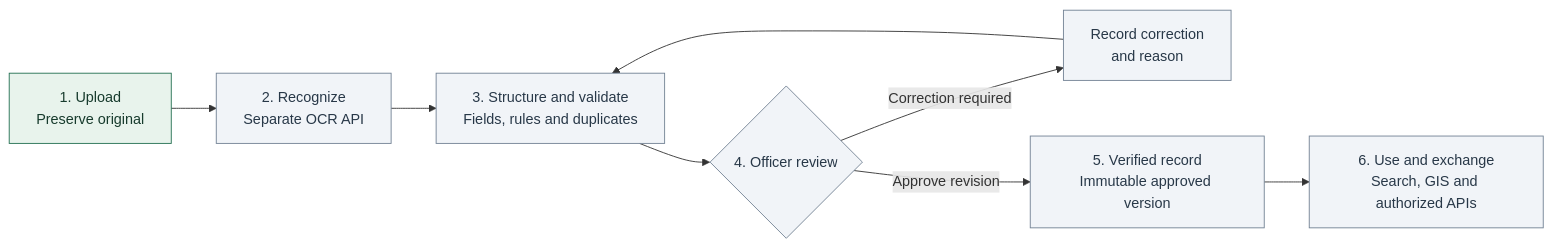
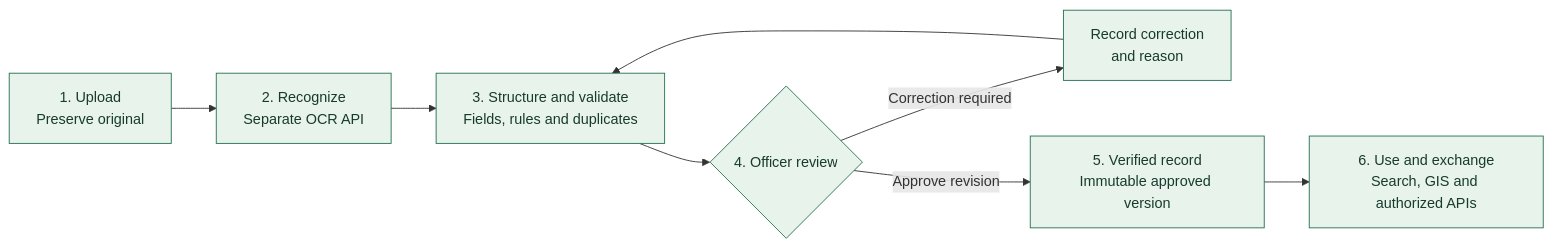
One commit to unseenap/Land_dizitization changed the second of 2 diagrams in SIHPPT.md. Above: the diagram before and after it, drawn with Mermaid. The commit also changed other lines of this file and 67 other files, not shown here.

````diff
--- a/SIHPPT.md
+++ b/SIHPPT.md
@@ -100,14 +97,12 @@
 ```mermaid
 flowchart LR
     A["1. Upload<br/>Preserve original"] --> B["2. Recognize<br/>Separate OCR API"]
     B --> C["3. Structure and validate<br/>Fields, rules and duplicates"]
     C --> D{"4. Officer review"}
     D -->|Correction required| E["Record correction<br/>and reason"]
     E --> C
     D -->|Approve revision| F["5. Verified record<br/>Immutable approved version"]
     F --> G["6. Use and exchange<br/>Search, GIS and authorized APIs"]
     classDef current fill:#e8f3ec,stroke:#247052,color:#173b2d;
-    classDef future fill:#f1f4f8,stroke:#728294,color:#283848;
-    class A current;
-    class B,C,D,E,F,G future;
+    class A,B,C,D,E,F,G current;
 ```
````
